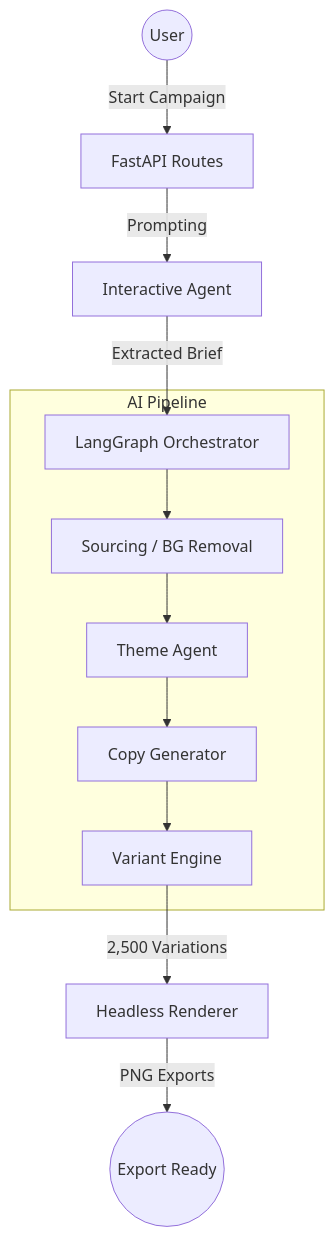
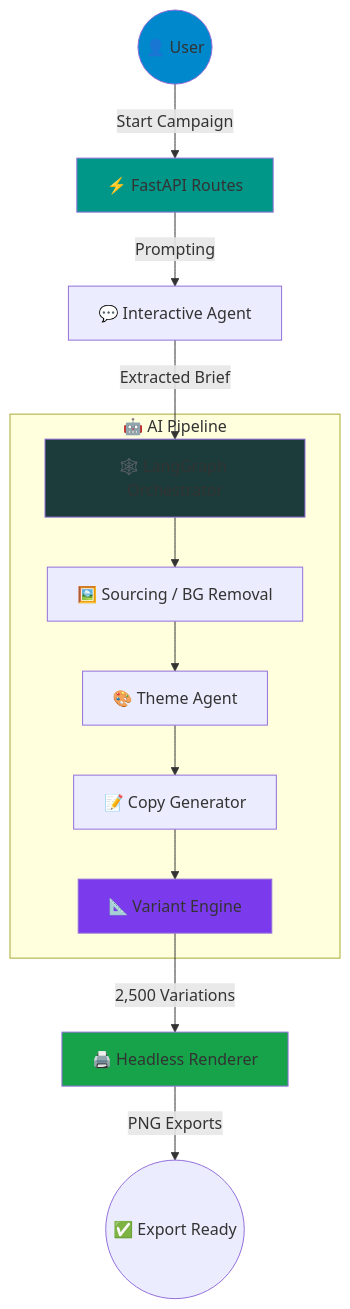
One commit to Selvaragavanvsbec/admorph-ai changed the diagram in README.md. Above: the diagram before and after it, drawn with Mermaid. The commit also changed other lines of this file, not shown here.

````diff
--- a/README.md
+++ b/README.md
@@ -80,16 +83,22 @@
 ```mermaid
 graph TD
-    User((User)) -->|Start Campaign| API[FastAPI Routes]
-    API -->|Prompting| IG[Interactive Agent]
-    IG -->|Extracted Brief| Graph[LangGraph Orchestrator]
-    
-    subgraph AI Pipeline
-        Graph --> SC[Sourcing / BG Removal]
-        SC --> TG[Theme Agent]
-        TG --> CG[Copy Generator]
-        CG --> VG[Variant Engine]
+    User((👤 User)) -->|Start Campaign| API[⚡ FastAPI Routes]
+    API -->|Prompting| IG[💬 Interactive Agent]
+    IG -->|Extracted Brief| Graph[🕸️ LangGraph Orchestrator]
+
+    subgraph AI_Pipeline["🤖 AI Pipeline"]
+        Graph --> SC[🖼️ Sourcing / BG Removal]
+        SC --> TG[🎨 Theme Agent]
+        TG --> CG[📝 Copy Generator]
+        CG --> VG[📐 Variant Engine]
     end
-    
-    VG -->|2,500 Variations| Render[Headless Renderer]
-    Render -->|PNG Exports| Finish((Export Ready))
+
+    VG -->|2,500 Variations| Render[🖨️ Headless Renderer]
+    Render -->|PNG Exports| Finish((✅ Export Ready))
+
+    style User fill:#0088CC
+    style API fill:#009688
+    style Graph fill:#1C3C3C
+    style VG fill:#7C3AED
+    style Render fill:#16A34A
 ```
````
